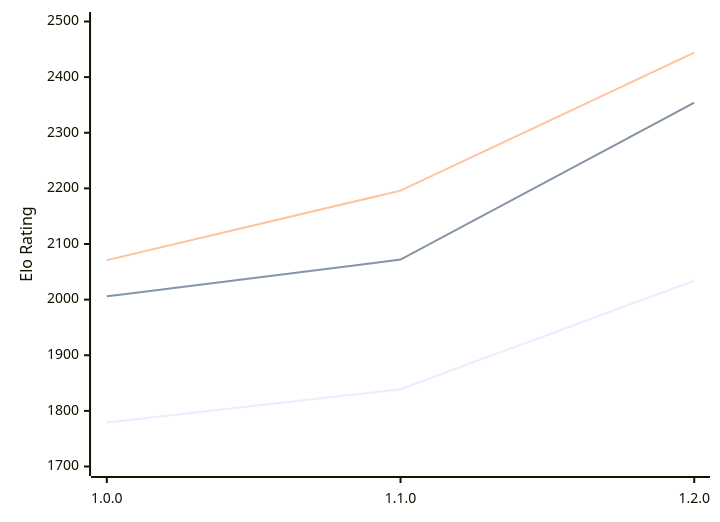
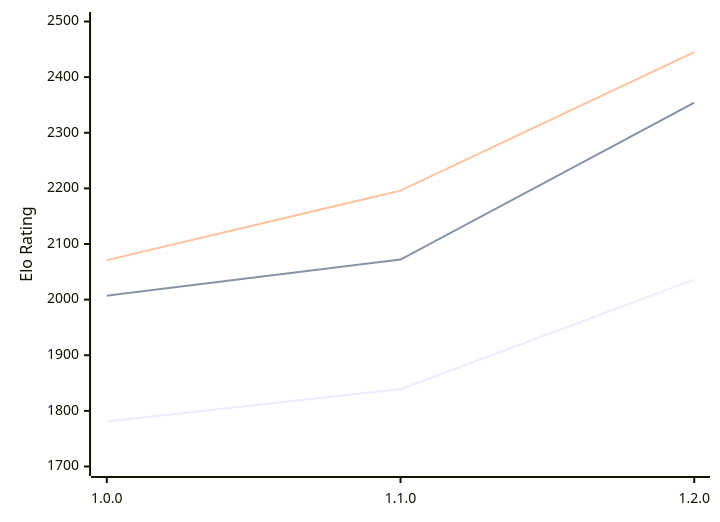
The diagram in engines/Anodos.md (computer-chess-index/cci), drawn with Mermaid before and after one commit. The commit also changed other lines of this file, not shown here.

Commit message:
Update CCI Ratings (ELO VLTC) - 2026-02-13

````diff
--- a/engines/Anodos.md
+++ b/engines/Anodos.md
@@ -41,9 +41,9 @@
 ```mermaid
 %%{init: {"theme":"base","themeVariables":{"seriesColors:['#a3a3a3','#222221','#faa371']}}}%%
 xychart-beta
   x-axis ["1.0.0", "1.1.0", "1.2.0"]
   y-axis "Elo Rating" 1700 --> 2500
-  line "STC (8.0+0.08s)" [1779, 1839, 2034]
-  line "LTC (60.0+0.60s)" [2006, 2072, 2354]
-  line "VLTC (2m24s+1.12s)" [2071, 2196, 2444]
+  line "STC (8.0+0.08s)" [1781, 1839, 2036]
+  line "LTC (60.0+0.60s)" [2007, 2072, 2354]
+  line "VLTC (2m24s+1.12s)" [2071, 2196, 2445]
 ```
````
